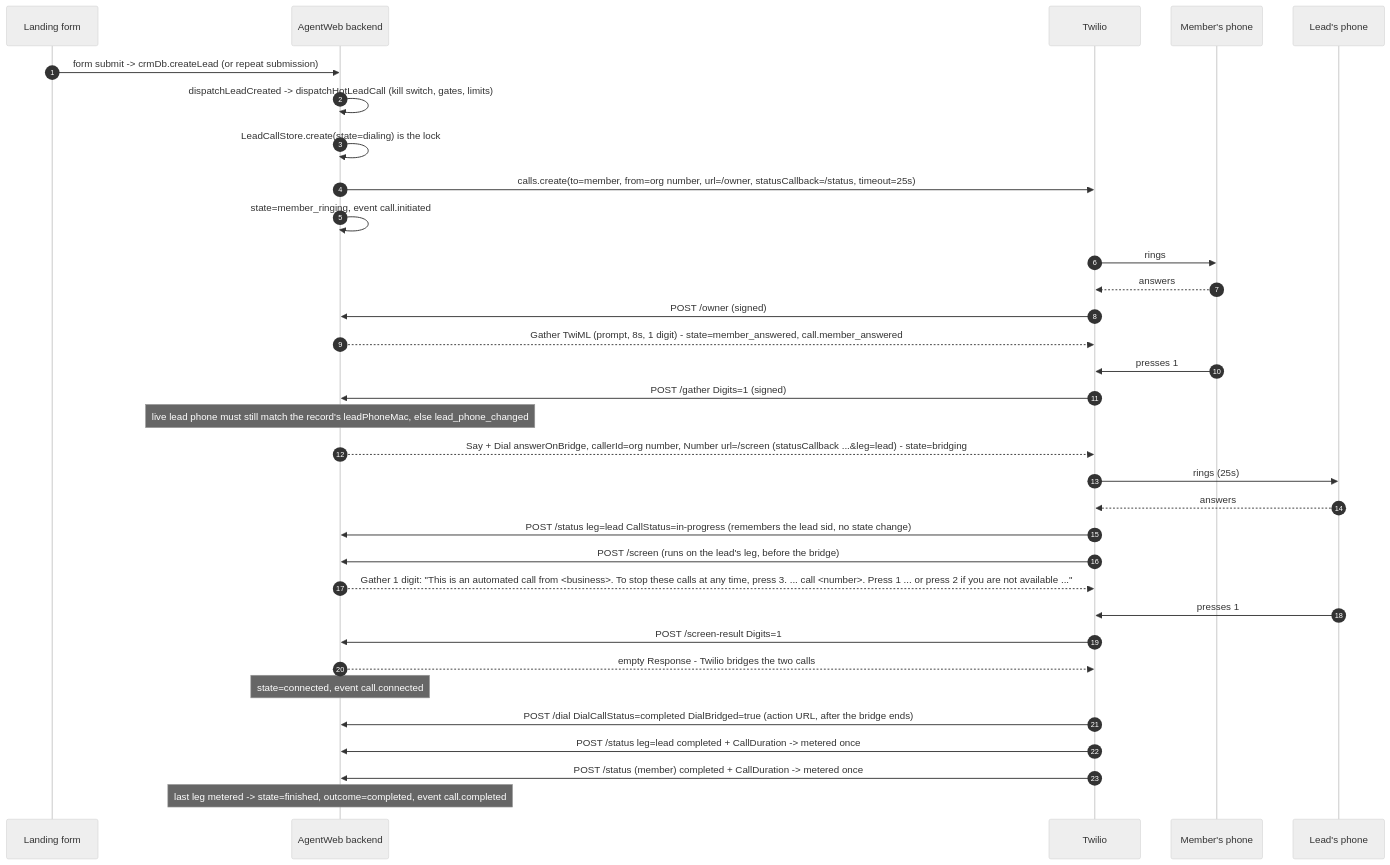
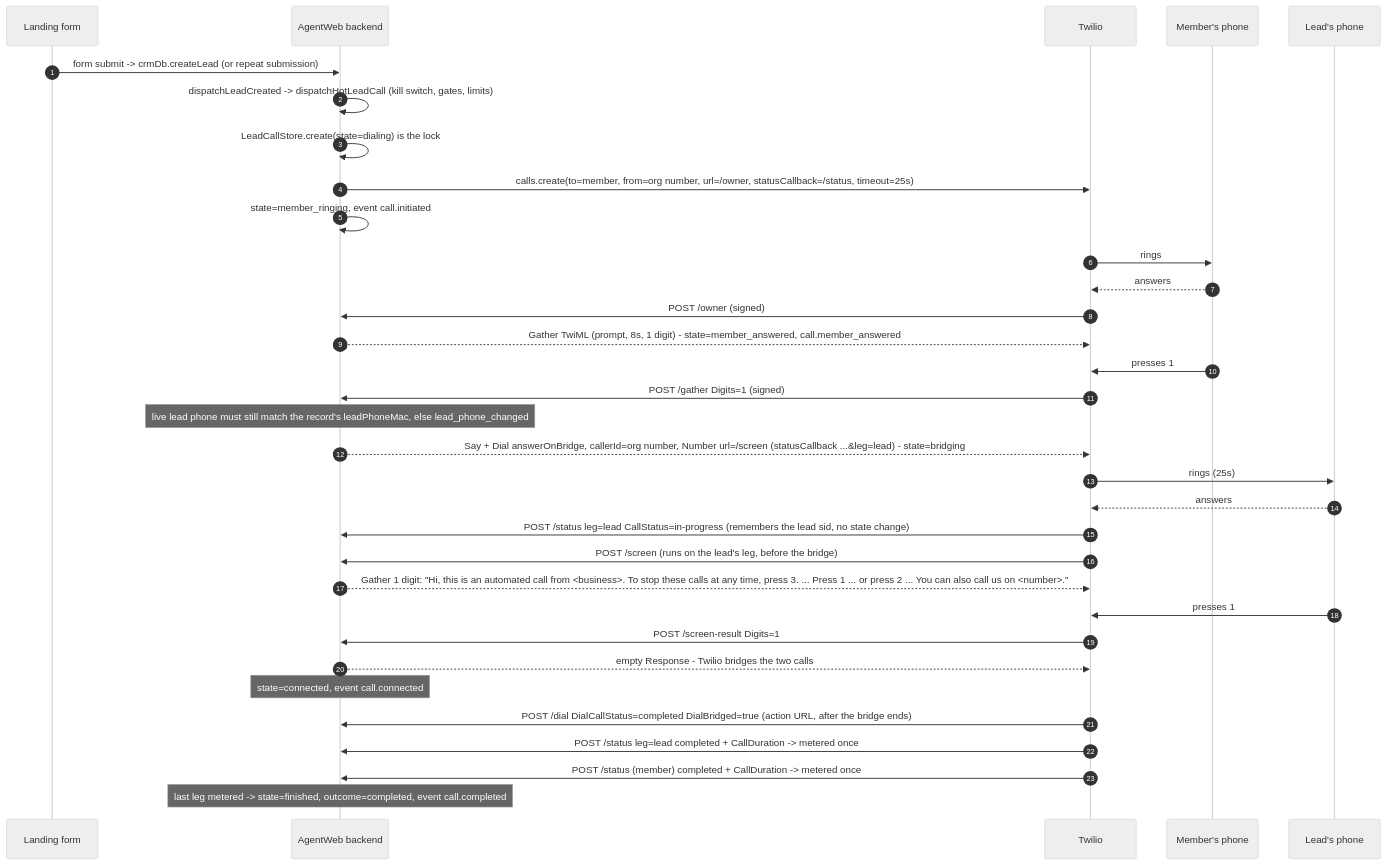
The first of 2 diagrams in backend/docs/integrations/hot-lead-call.md (kvnloo/agentweb-backup), drawn with Mermaid (neutral theme) before and after one commit. The commit also changed other lines of this file and 6 other files, not shown here.

````diff
--- a/backend/docs/integrations/hot-lead-call.md
+++ b/backend/docs/integrations/hot-lead-call.md
@@ -46,36 +46,36 @@
 ```mermaid
 sequenceDiagram
   autonumber
   participant Lead as Landing form
   participant App as AgentWeb backend
   participant Tw as Twilio
   participant Member as Member's phone
   participant LeadPhone as Lead's phone
 
   Lead->>App: form submit -> crmDb.createLead (or repeat submission)
   App->>App: dispatchLeadCreated -> dispatchHotLeadCall (kill switch, gates, limits)
   App->>App: LeadCallStore.create(state=dialing) is the lock
   App->>Tw: calls.create(to=member, from=org number, url=/owner, statusCallback=/status, timeout=25s)
   App->>App: state=member_ringing, event call.initiated
   Tw->>Member: rings
   Member-->>Tw: answers
   Tw->>App: POST /owner (signed)
   App-->>Tw: Gather TwiML (prompt, 8s, 1 digit) - state=member_answered, call.member_answered
   Member->>Tw: presses 1
   Tw->>App: POST /gather Digits=1 (signed)
   Note over App: live lead phone must still match the record's leadPhoneMac, else lead_phone_changed
   App-->>Tw: Say + Dial answerOnBridge, callerId=org number, Number url=/screen (statusCallback ...&leg=lead) - state=bridging
   Tw->>LeadPhone: rings (25s)
   LeadPhone-->>Tw: answers
   Tw->>App: POST /status leg=lead CallStatus=in-progress (remembers the lead sid, no state change)
   Tw->>App: POST /screen (runs on the lead's leg, before the bridge)
-  App-->>Tw: Gather 1 digit: "This is an automated call from <business>. To stop these calls at any time, press 3. ... call <number>. Press 1 ... or press 2 if you are not available ..."
+  App-->>Tw: Gather 1 digit: "Hi, this is an automated call from <business>. To stop these calls at any time, press 3. ... Press 1 ... or press 2 ... You can also call us on <number>."
   LeadPhone->>Tw: presses 1
   Tw->>App: POST /screen-result Digits=1
   App-->>Tw: empty Response - Twilio bridges the two calls
   Note over App: state=connected, event call.connected
   Tw->>App: POST /dial DialCallStatus=completed DialBridged=true (action URL, after the bridge ends)
   Tw->>App: POST /status leg=lead completed + CallDuration  -> metered once
   Tw->>App: POST /status (member) completed + CallDuration   -> metered once
   Note over App: last leg metered -> state=finished, outcome=completed, event call.completed
 ```
````
